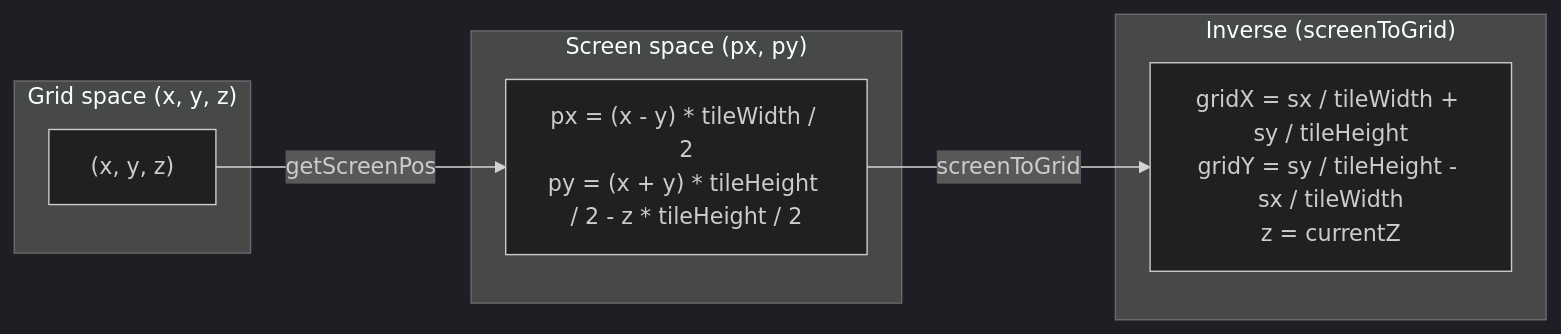
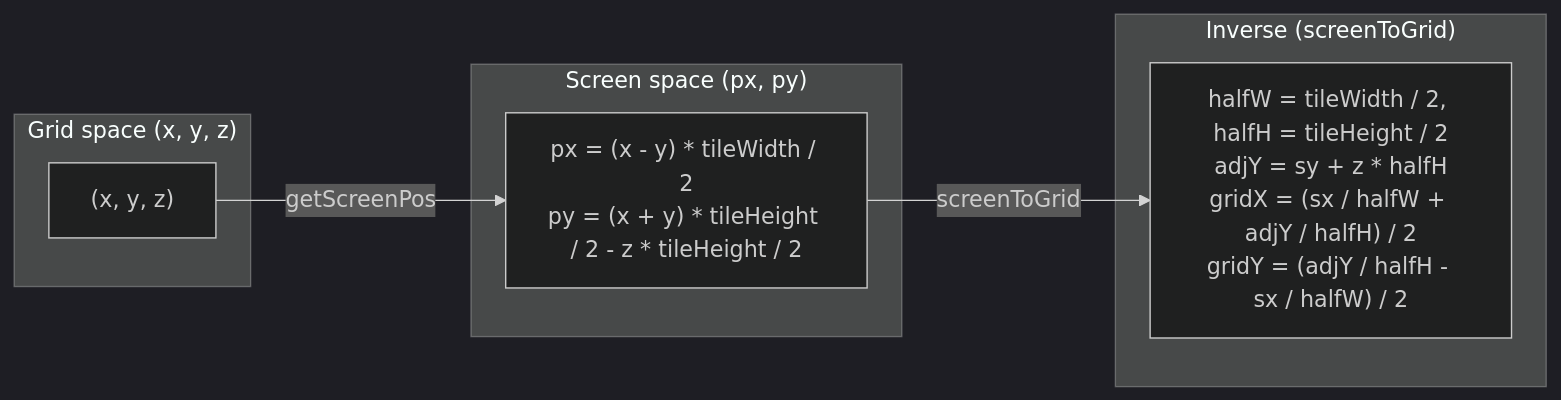
The fourth of 5 diagrams in docs/ARCHITECTURE.md (LeoMart12345/IsometricSFMLgame), drawn with Mermaid (dark theme) before and after one commit. The commit also changed other lines of this file and 10 other files, not shown here.

````diff
--- a/docs/ARCHITECTURE.md
+++ b/docs/ARCHITECTURE.md
@@ -135,18 +141,18 @@
 ```mermaid
 flowchart LR
     subgraph Grid["Grid space (x, y, z)"]
         G["(x, y, z)"]
     end
 
     subgraph Screen["Screen space (px, py)"]
         S["px = (x - y) * tileWidth / 2<br/>py = (x + y) * tileHeight / 2 - z * tileHeight / 2"]
     end
 
     G -->|getScreenPos| S
 
     subgraph Inverse["Inverse (screenToGrid)"]
-        I["gridX = sx / tileWidth + sy / tileHeight<br/>gridY = sy / tileHeight - sx / tileWidth<br/>z = currentZ"]
+        I["halfW = tileWidth / 2, halfH = tileHeight / 2<br/>adjY = sy + z * halfH<br/>gridX = (sx / halfW + adjY / halfH) / 2<br/>gridY = (adjY / halfH - sx / halfW) / 2"]
     end
 
     S -->|screenToGrid| I
 ```
````
